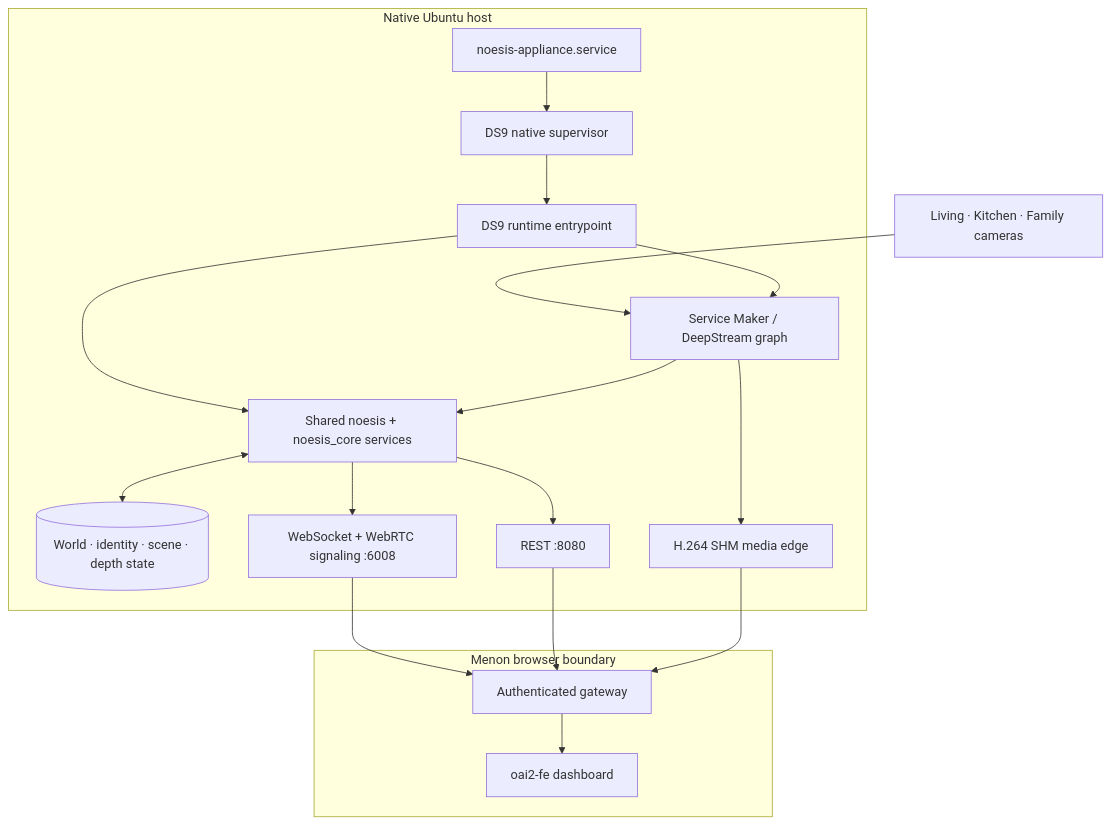
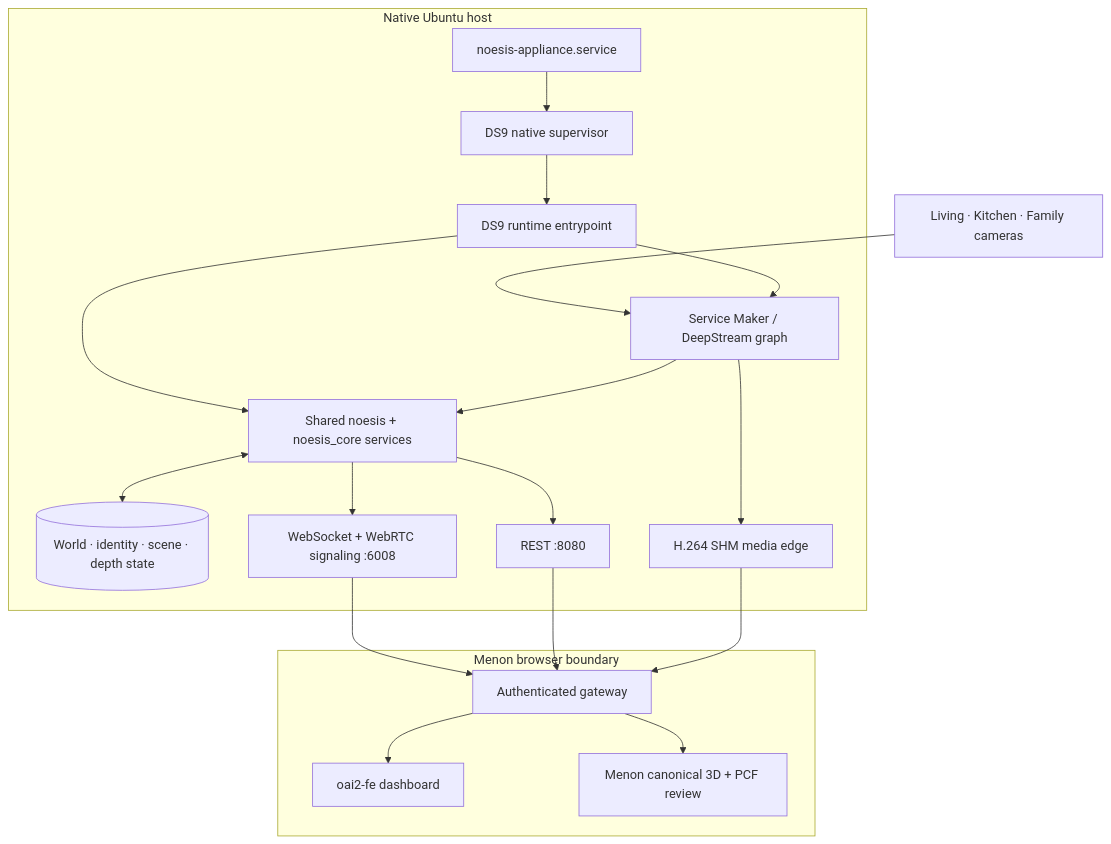
One commit to dmanfx/noesis changed the first of 2 diagrams in docs/CODEBASE_DESCRIPTION.md. Above: the diagram before and after it, drawn with Mermaid. The commit also changed other lines of this file and 30 other files, not shown here.

Commit message:
docs: consolidate measured world, BEV, PCF and Menon integration guidance

````diff
--- a/docs/CODEBASE_DESCRIPTION.md
+++ b/docs/CODEBASE_DESCRIPTION.md
@@ -20,33 +20,35 @@
 ```mermaid
 flowchart TB
     subgraph HOST[Native Ubuntu host]
         SYSTEMD[noesis-appliance.service]
         SUP[DS9 native supervisor]
         ENTRY[DS9 runtime entrypoint]
         GRAPH[Service Maker / DeepStream graph]
         SHARED[Shared noesis + noesis_core services]
         STATE[(World · identity · scene · depth state)]
         WS[WebSocket + WebRTC signaling :6008]
         REST[REST :8080]
         MEDIA[H.264 SHM media edge]
     end
 
     CAMS[Living · Kitchen · Family cameras] --> GRAPH
     SYSTEMD --> SUP --> ENTRY --> GRAPH
     ENTRY --> SHARED
     GRAPH --> SHARED
     SHARED <--> STATE
     SHARED --> WS
     SHARED --> REST
     GRAPH --> MEDIA
 
     subgraph MENON[Menon browser boundary]
         GATEWAY[Authenticated gateway]
         UI[oai2-fe dashboard]
+        SCENE[Menon canonical 3D + PCF review]
     end
 
     WS --> GATEWAY
     REST --> GATEWAY
     MEDIA --> GATEWAY
     GATEWAY --> UI
+    GATEWAY --> SCENE
 ```
````
